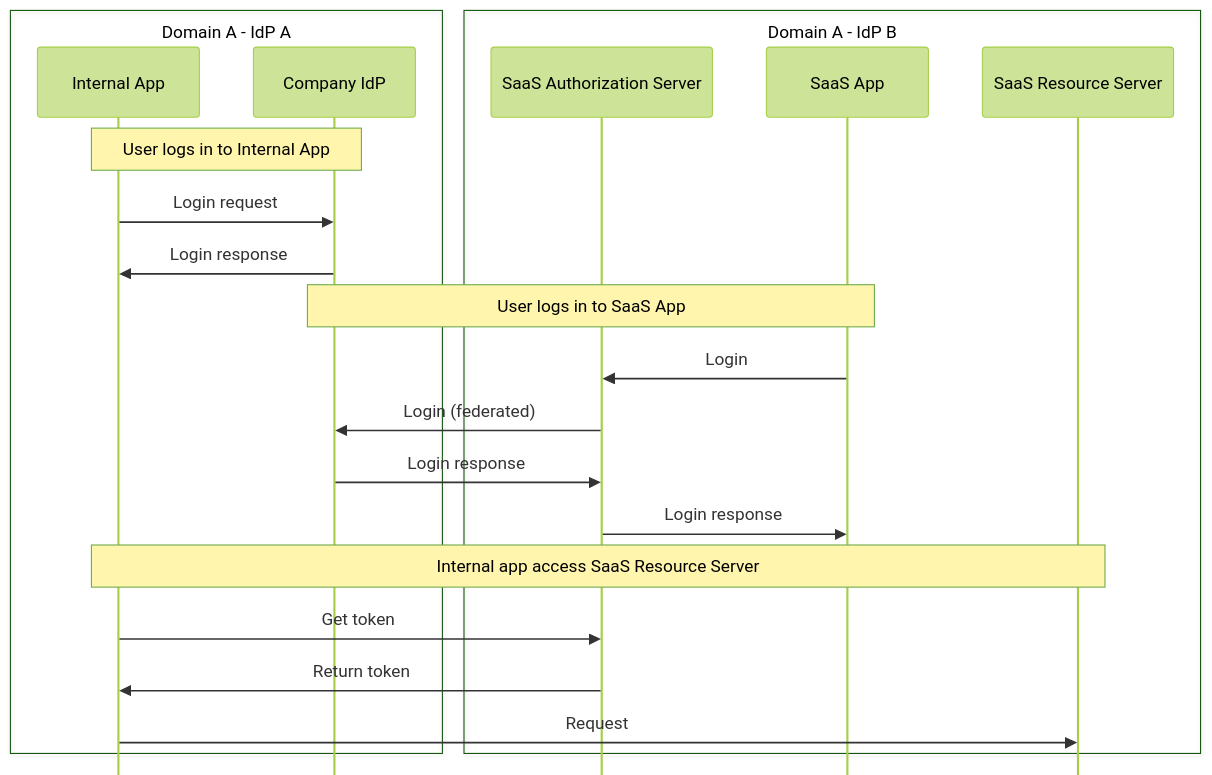
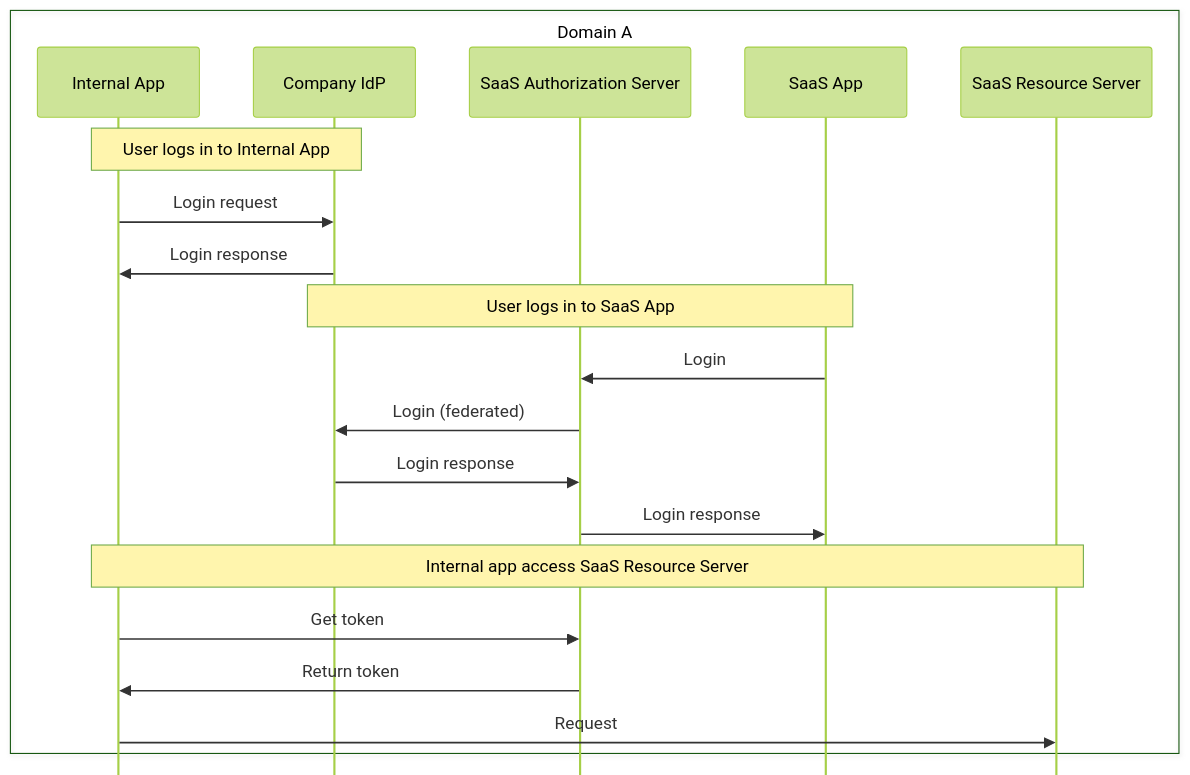
Before and after one commit to stianst/playground: the third of 3 diagrams in seq/usecases.md, drawn with Mermaid (forest theme).

````diff
--- a/seq/usecases.md
+++ b/seq/usecases.md
@@ -55,29 +55,27 @@
 ```mermaid
 ---
 config:
     mirrorActors: false
 ---
 sequenceDiagram
-    box Domain A - IdP A
+    box Domain A
     participant A as Internal App
     participant IDP as Company IdP
-    end
-    box Domain A - IdP B
     participant SAS as SaaS Authorization Server
     participant SA as SaaS App
     participant SRS as SaaS Resource Server
     end
 
     Note over A,IDP: User logs in to Internal App
     A->>IDP: Login request
     IDP->>A: Login response
     Note over SA,IDP: User logs in to SaaS App
     SA->>SAS: Login
     SAS->>IDP: Login (federated)
     IDP->>SAS: Login response
     SAS->>SA: Login response
     Note over A,SRS: Internal app access SaaS Resource Server
     A->>SAS: Get token
     SAS->>A: Return token
     A->>SRS: Request
 ```
````
